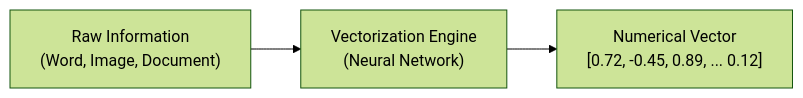
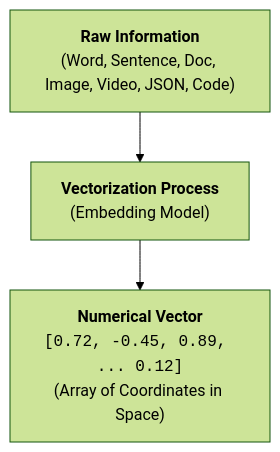
Before and after one commit to Nishant8826/theory-leaning: the first of 6 diagrams in Nameste-AI/Season_01/04_How_Machines_Represent_Meaning.md, drawn with Mermaid (forest theme). The commit also changed other lines of this file and 7 other files, not shown here.

````diff
--- a/Nameste-AI/Season_01/04_How_Machines_Represent_Meaning.md
+++ b/Nameste-AI/Season_01/04_How_Machines_Represent_Meaning.md
@@ -80,5 +106,5 @@
 ```mermaid
-flowchart LR
-    A["Raw Information\n(Word, Image, Document)"] --> B["Vectorization Engine\n(Neural Network)"]
-    B --> C["Numerical Vector\n[0.72, -0.45, 0.89, ... 0.12]"]
+flowchart TD
+    A["<b>Raw Information</b><br/>(Word, Sentence, Doc, Image, Video, JSON, Code)"] --> B["<b>Vectorization Process</b><br/>(Embedding Model)"]
+    B --> C["<b>Numerical Vector</b><br/><code>[0.72, -0.45, 0.89, ... 0.12]</code><br/>(Array of Coordinates in Space)"]
 ```
````
